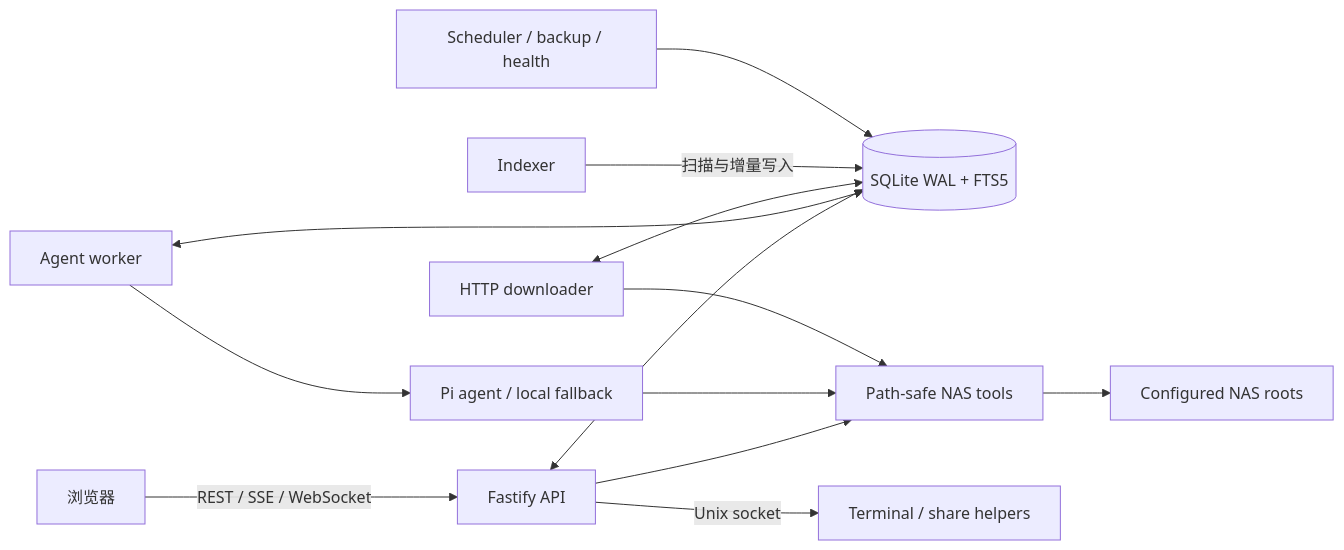
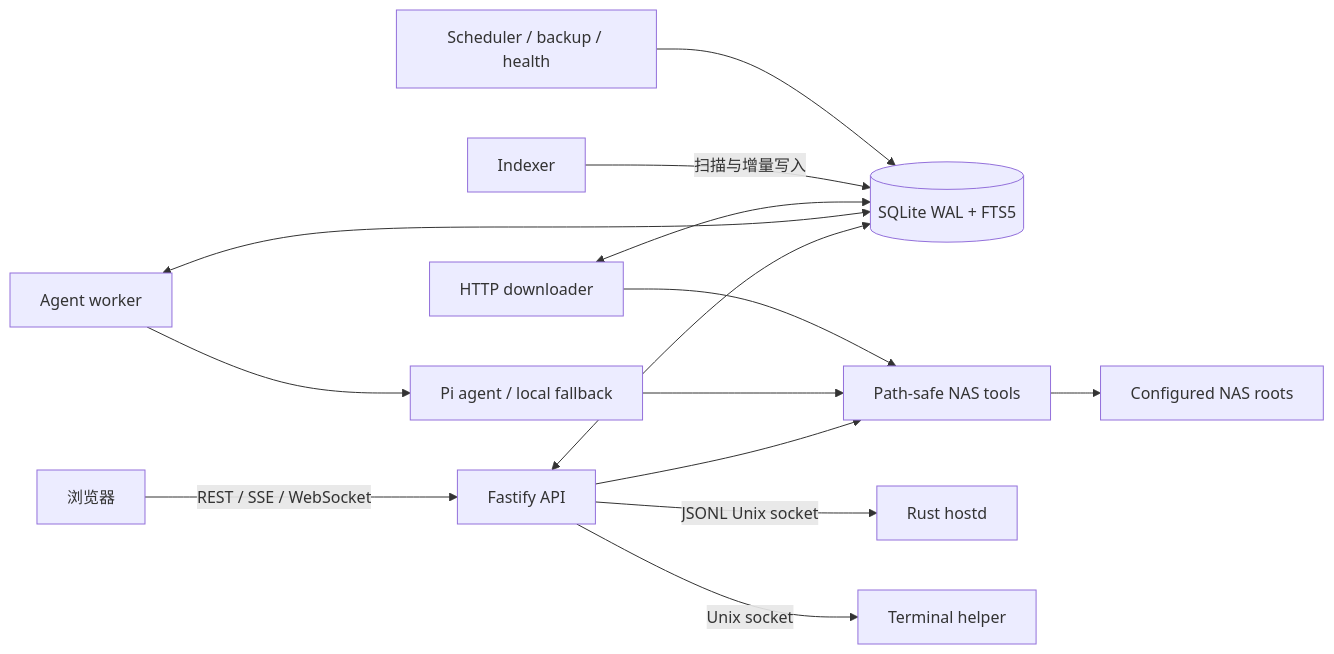
One commit to zhubby/SigmaOS changed the diagram in docs/src/content/docs/architecture/system-overview.md. Above: the diagram before and after it, drawn with Mermaid. The commit also changed 117 other files, not shown here.

First line of the commit message:
feat(hostd): replace privileged share helper with Rust daemon

````diff
--- a/docs/src/content/docs/architecture/system-overview.md
+++ b/docs/src/content/docs/architecture/system-overview.md
@@ -12,15 +12,16 @@
 ```mermaid
 flowchart LR
   Browser[浏览器] -->|REST / SSE / WebSocket| API[Fastify API]
   API <--> DB[(SQLite WAL + FTS5)]
   API --> Tools[Path-safe NAS tools]
   Worker[Agent worker] <--> DB
   Worker --> Agent[Pi agent / local fallback]
   Agent --> Tools
   Downloader[HTTP downloader] <--> DB
   Downloader --> Tools
   Indexer[Indexer] -->|扫描与增量写入| DB
   Scheduler[Scheduler / backup / health] --> DB
-  API -->|Unix socket| Helpers[Terminal / share helpers]
+  API -->|JSONL Unix socket| Hostd[Rust hostd]
+  API -->|Unix socket| Terminal[Terminal helper]
   Tools --> NAS[Configured NAS roots]
 ```
````
